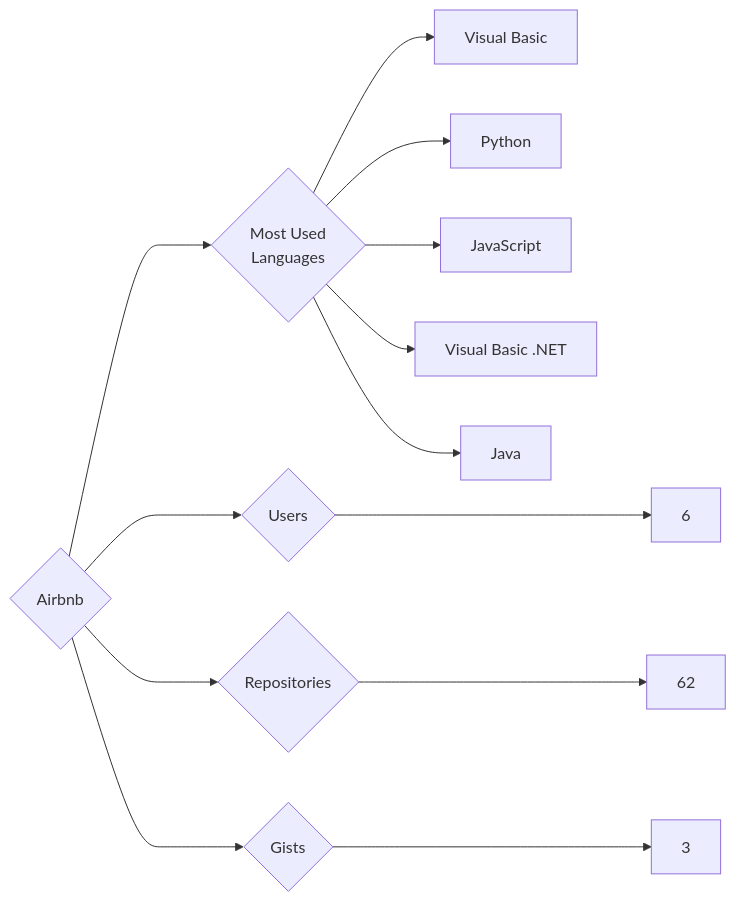
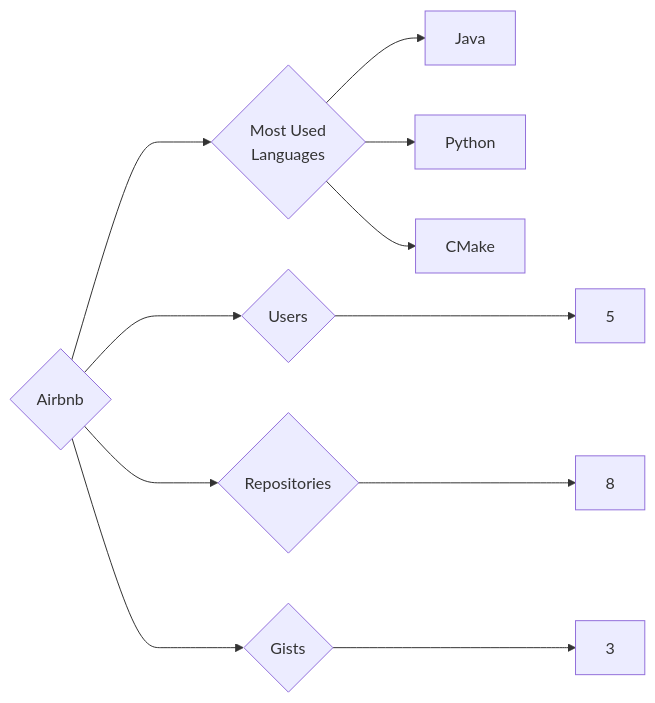
One commit to trickest/insiders changed the diagram in targets/Airbnb/README.md. Above: the diagram before and after it, drawn with Mermaid. The commit also changed 933 other files, not shown here.

````diff
--- a/targets/Airbnb/README.md
+++ b/targets/Airbnb/README.md
@@ -3,13 +3,11 @@
 ```mermaid
 graph LR
 COMPANY_NAME{Airbnb}
-COMPANY_NAME ---> U{Users} ---> UN[6]
-COMPANY_NAME ---> R{Repositories} ---> RN[62]
+COMPANY_NAME ---> U{Users} ---> UN[5]
+COMPANY_NAME ---> R{Repositories} ---> RN[8]
 COMPANY_NAME ---> G{Gists} ---> GN[3]
 COMPANY_NAME ---> ML{Most Used<br>Languages}
-ML --> Visual_Basic[Visual Basic]
+ML --> Java[Java]
 ML --> Python[Python]
-ML --> JavaScript[JavaScript]
-ML --> Visual_Basic_.NET[Visual Basic .NET]
-ML --> Java[Java]
+ML --> CMake[CMake]
 ```
````
